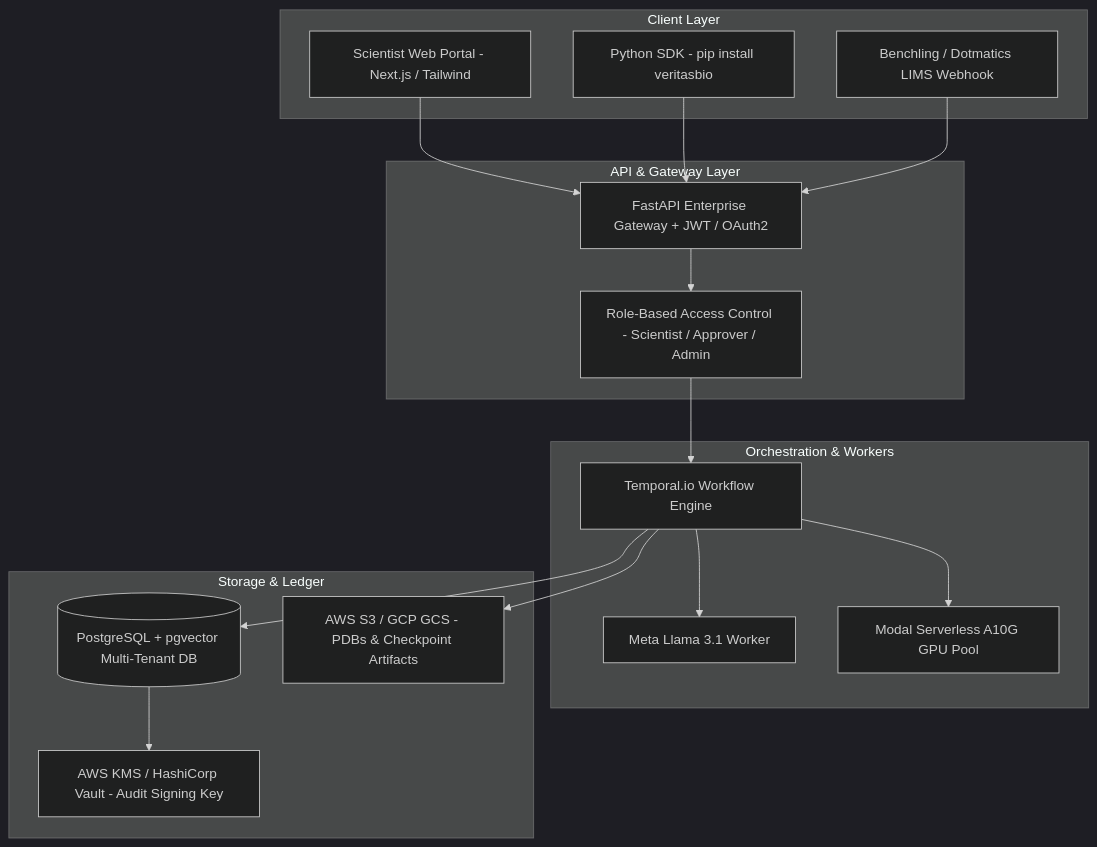
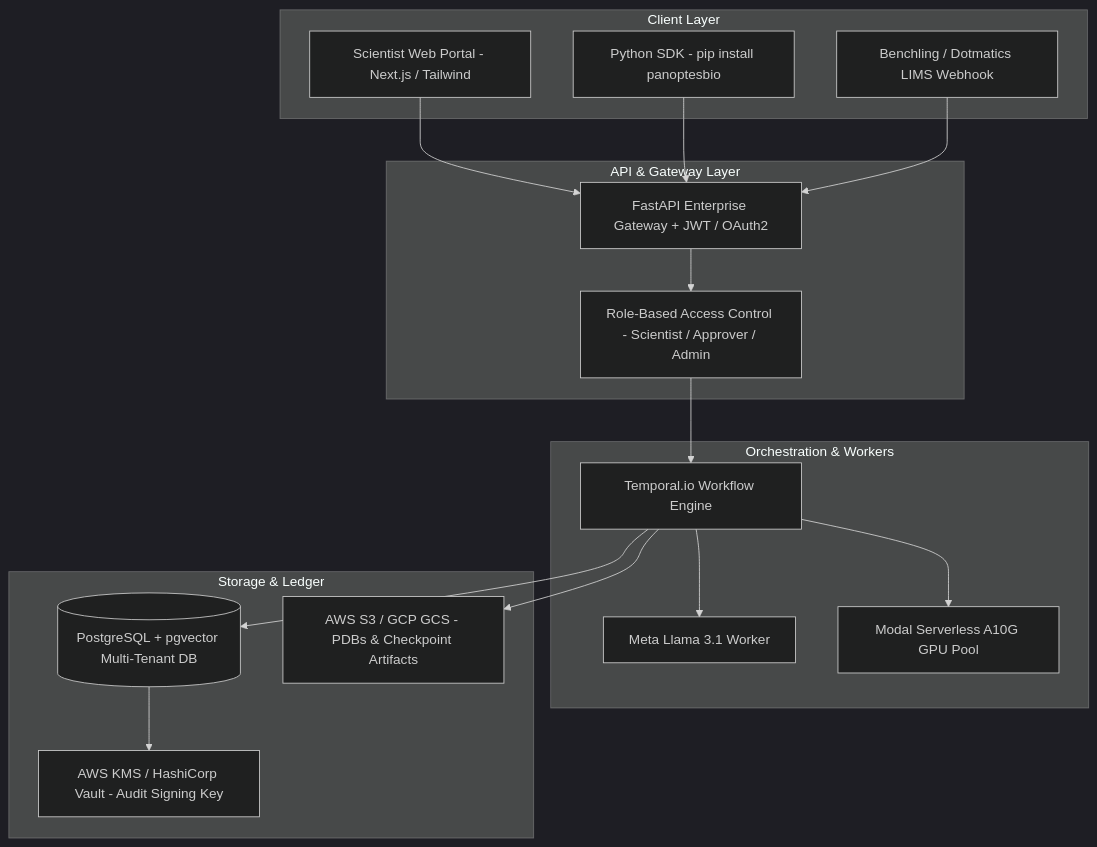
The diagram in ENTERPRISE_HARDENING_ROADMAP.md (fugeretrevin/VeritasBio), drawn with Mermaid (dark theme) before and after one commit. The commit also changed other lines of this file and 39 other files, not shown here.

````diff
--- a/ENTERPRISE_HARDENING_ROADMAP.md
+++ b/ENTERPRISE_HARDENING_ROADMAP.md
@@ -138,36 +138,36 @@
 ```mermaid
 graph TD
     subgraph Client Layer
         A1[Scientist Web Portal - Next.js / Tailwind]
-        A2[Python SDK - pip install veritasbio]
+        A2[Python SDK - pip install panoptesbio]
         A3[Benchling / Dotmatics LIMS Webhook]
     end
 
     subgraph API & Gateway Layer
         B1[FastAPI Enterprise Gateway + JWT / OAuth2]
         B2[Role-Based Access Control - Scientist / Approver / Admin]
     end
 
     subgraph Orchestration & Workers
         C1[Temporal.io Workflow Engine]
         C2[Meta Llama 3.1 Worker]
         C3[Modal Serverless A10G GPU Pool]
     end
 
     subgraph Storage & Ledger
         D1[(PostgreSQL + pgvector Multi-Tenant DB)]
         D2[AWS S3 / GCP GCS - PDBs & Checkpoint Artifacts]
         D3[AWS KMS / HashiCorp Vault - Audit Signing Key]
     end
 
     A1 --> B1
     A2 --> B1
     A3 --> B1
     B1 --> B2
     B2 --> C1
     C1 --> C2
     C1 --> C3
     C1 --> D1
     C1 --> D2
     D1 --> D3
 ```
````
